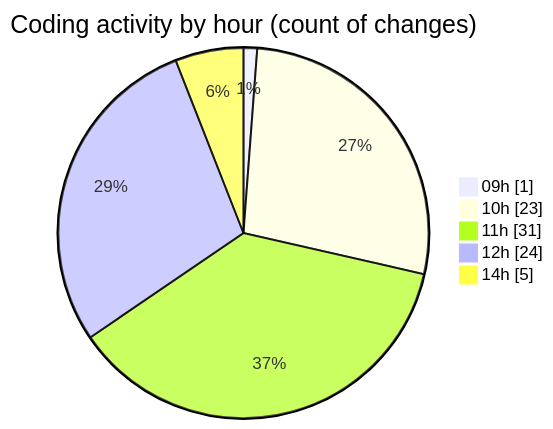
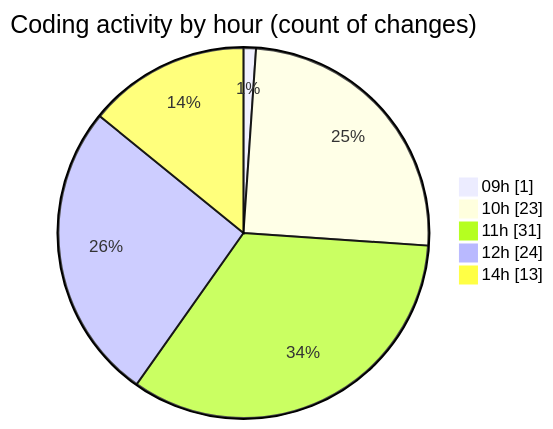
Before and after one commit to momahboobian/code-tracking: the second of 2 diagrams in 2026-10-20/cda/README.md, drawn with Mermaid. The commit also changed other lines of this file and 1 other file, not shown here.

````diff
--- a/2026-10-20/cda/README.md
+++ b/2026-10-20/cda/README.md
@@ -44,9 +44,9 @@
 ```mermaid
 pie showData
 title Coding activity by hour (count of changes)
 "09h" : 1
 "10h" : 23
 "11h" : 31
 "12h" : 24
-"14h" : 5
+"14h" : 13
 ```
````
